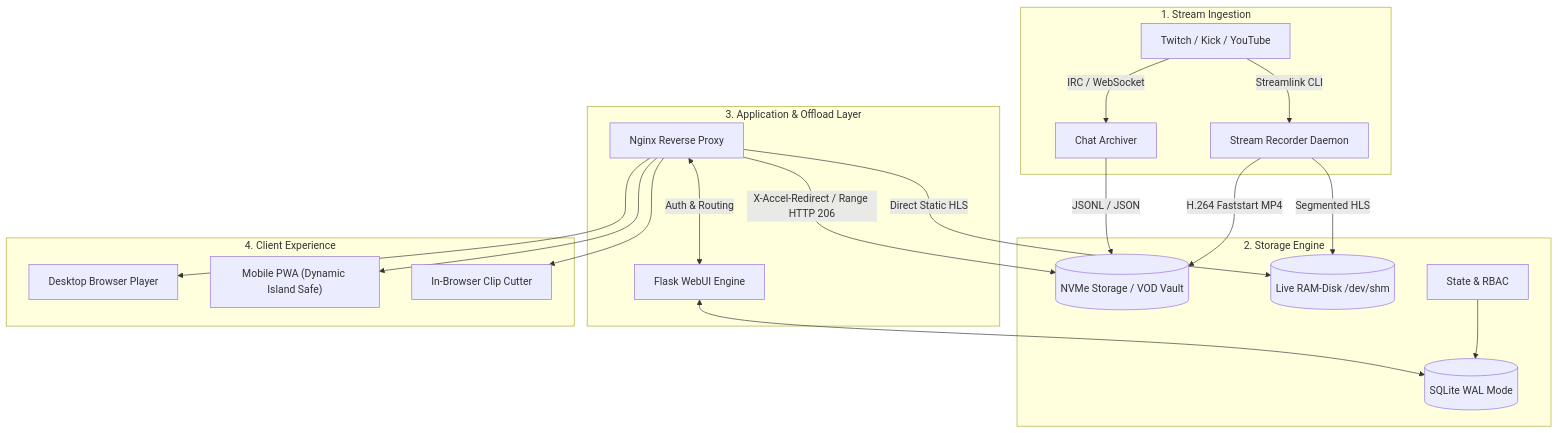
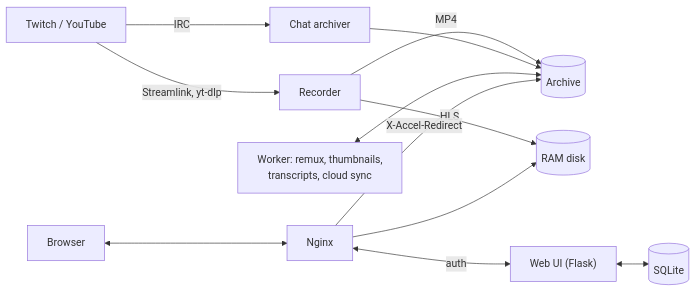
The diagram in README.md (Blackwellcode/streamvault), drawn with Mermaid before and after one commit. The commit also changed other lines of this file and 1 other file, not shown here.

````diff
--- a/README.md
+++ b/README.md
@@ -57,27 +58,14 @@
 ```mermaid
-flowchart TD
-    subgraph Ingestion ["1. Stream Ingestion"]
-        Twitch["Twitch / Kick / YouTube"] -->|Streamlink CLI| Recorder["Stream Recorder Daemon"]
-        Twitch -->|IRC / WebSocket| ChatWorker["Chat Archiver"]
-    end
-
-    subgraph Storage ["2. Storage Engine"]
-        Recorder -->|H.264 Faststart MP4| Disk[("NVMe Storage / VOD Vault")]
-        ChatWorker -->|JSONL / JSON| Disk
-        Recorder -->|Segmented HLS| RAMDisk[("Live RAM-Disk /dev/shm")]
-        Metadata["State & RBAC"] --> SQLite[("SQLite WAL Mode")]
-    end
-
-    subgraph WebEngine ["3. Application & Offload Layer"]
-        Flask["Flask WebUI Engine"] <--> SQLite
-        Nginx["Nginx Reverse Proxy"] <-->|Auth & Routing| Flask
-        Nginx -->|X-Accel-Redirect / Range HTTP 206| Disk
-        Nginx -->|Direct Static HLS| RAMDisk
-    end
-
-    subgraph Clients ["4. Client Experience"]
-        Nginx --> Desktop["Desktop Browser Player"]
-        Nginx --> Mobile["Mobile PWA (Dynamic Island Safe)"]
-        Nginx --> ClipEditor["In-Browser Clip Cutter"]
-    end
+flowchart LR
+    P["Twitch / YouTube"] -->|Streamlink, yt-dlp| R["Recorder"]
+    P -->|IRC| C["Chat archiver"]
+    R -->|MP4| D[("Archive")]
+    R -->|HLS| M[("RAM disk")]
+    C --> D
+    W["Worker: remux, thumbnails,<br/>transcripts, cloud sync"] <--> D
+    U["Web UI (Flask)"] <--> S[("SQLite")]
+    N["Nginx"] <-->|auth| U
+    N -->|X-Accel-Redirect| D
+    N --> M
+    B["Browser"] <--> N
 ```
````
